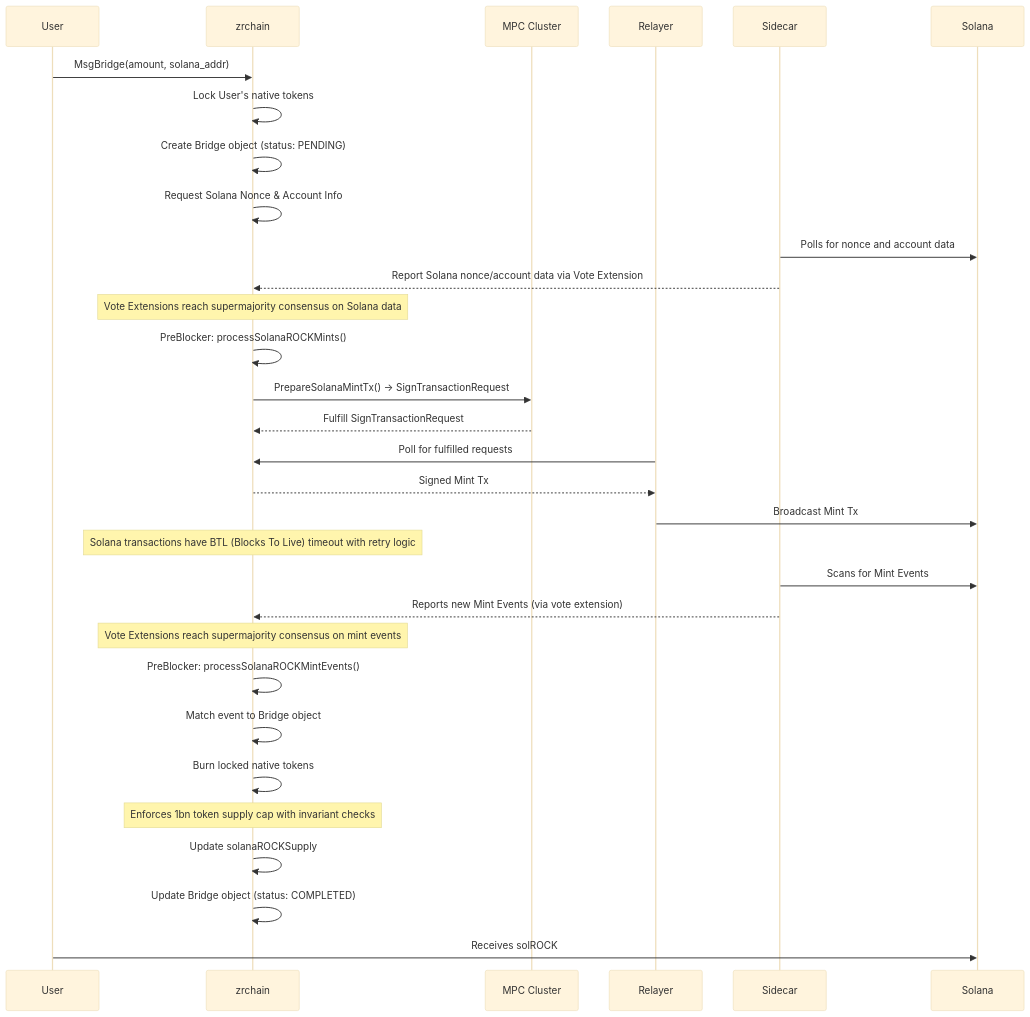
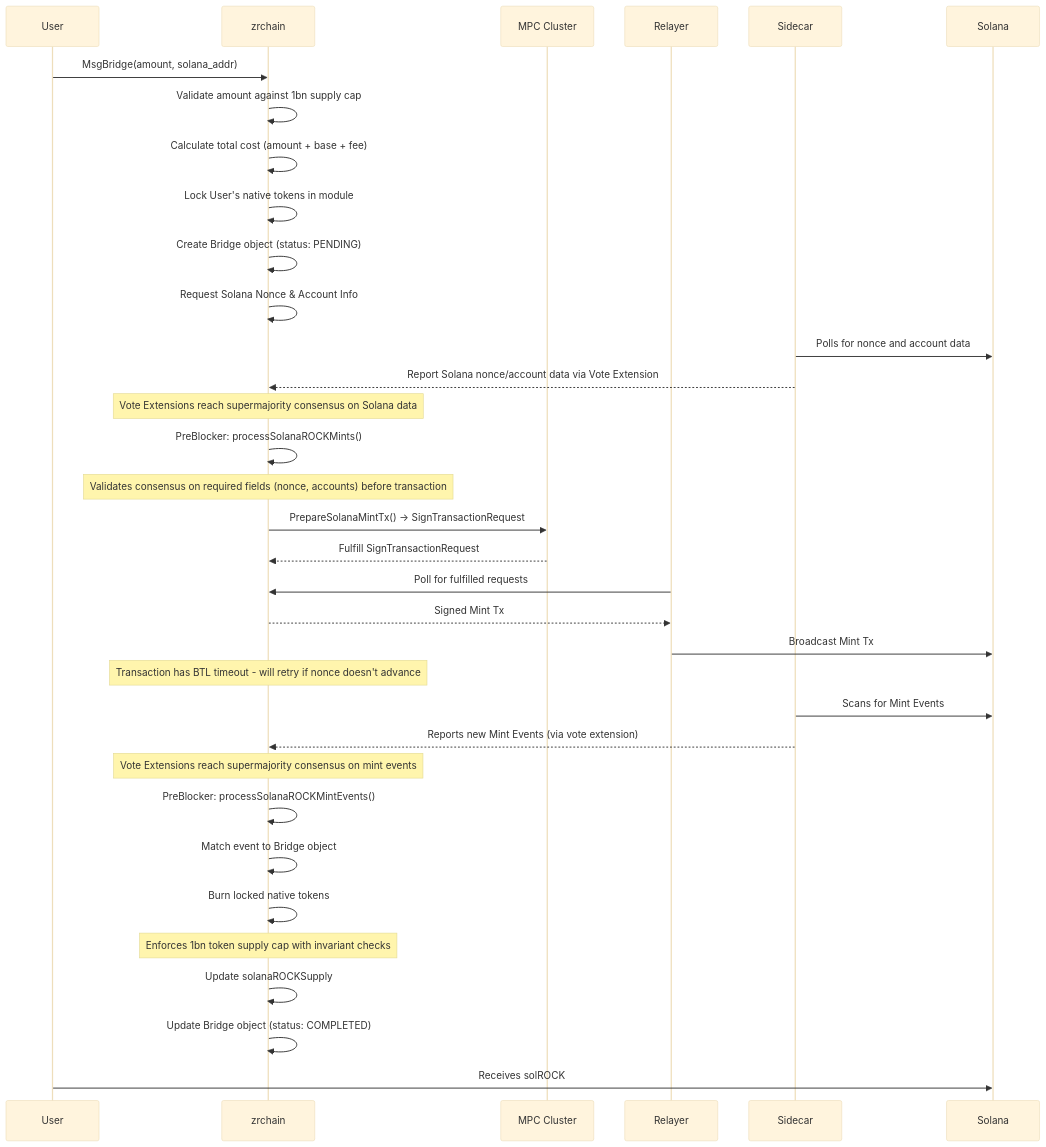
One commit to zenrocklabs/zrchain changed the third of 4 diagrams in docs/README.md. Above: the diagram before and after it, drawn with Mermaid (base theme). The commit also changed other lines of this file, not shown here.

````diff
--- a/docs/README.md
+++ b/docs/README.md
@@ -235,36 +244,39 @@
 ```mermaid
 sequenceDiagram
     participant User
     participant zrchain
     participant MPC Cluster
     participant Relayer
     participant Sidecar
     participant Solana
 
     User->>zrchain: MsgBridge(amount, solana_addr)
-    zrchain->>zrchain: Lock User's native tokens
+    zrchain->>zrchain: Validate amount against 1bn supply cap
+    zrchain->>zrchain: Calculate total cost (amount + base + fee)
+    zrchain->>zrchain: Lock User's native tokens in module
     zrchain->>zrchain: Create Bridge object (status: PENDING)
     zrchain->>zrchain: Request Solana Nonce & Account Info
 
     Sidecar->>Solana: Polls for nonce and account data
     Sidecar-->>zrchain: Report Solana nonce/account data via Vote Extension
     Note over zrchain: Vote Extensions reach supermajority consensus on Solana data
     zrchain->>zrchain: PreBlocker: processSolanaROCKMints()
+    Note over zrchain: Validates consensus on required fields (nonce, accounts) before transaction
     zrchain->>MPC Cluster: PrepareSolanaMintTx() -> SignTransactionRequest
     MPC Cluster-->>zrchain: Fulfill SignTransactionRequest
     Relayer->>zrchain: Poll for fulfilled requests
     zrchain-->>Relayer: Signed Mint Tx
     Relayer->>Solana: Broadcast Mint Tx
-    Note over zrchain: Solana transactions have BTL (Blocks To Live) timeout with retry logic
+    Note over zrchain: Transaction has BTL timeout - will retry if nonce doesn't advance
 
     Sidecar->>Solana: Scans for Mint Events
     Sidecar-->>zrchain: Reports new Mint Events (via vote extension)
     Note over zrchain: Vote Extensions reach supermajority consensus on mint events
     zrchain->>zrchain: PreBlocker: processSolanaROCKMintEvents()
     zrchain->>zrchain: Match event to Bridge object
     zrchain->>zrchain: Burn locked native tokens
     Note over zrchain: Enforces 1bn token supply cap with invariant checks
     zrchain->>zrchain: Update solanaROCKSupply
     zrchain->>zrchain: Update Bridge object (status: COMPLETED)
     User->>Solana: Receives solROCK
 ```
````
